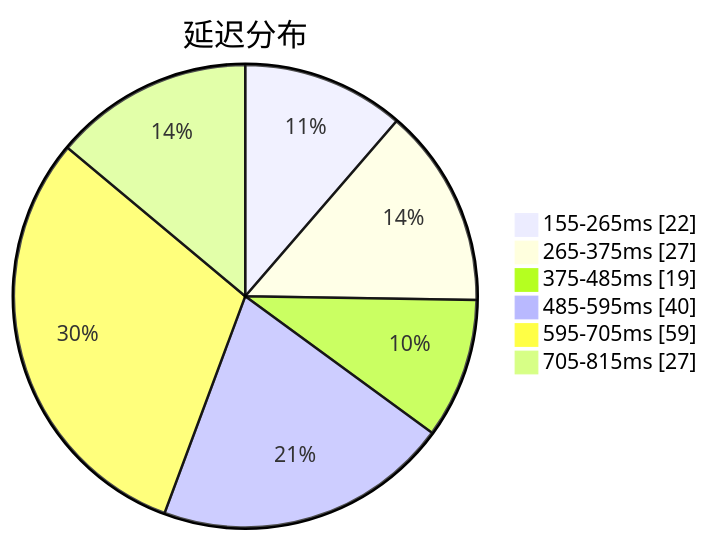
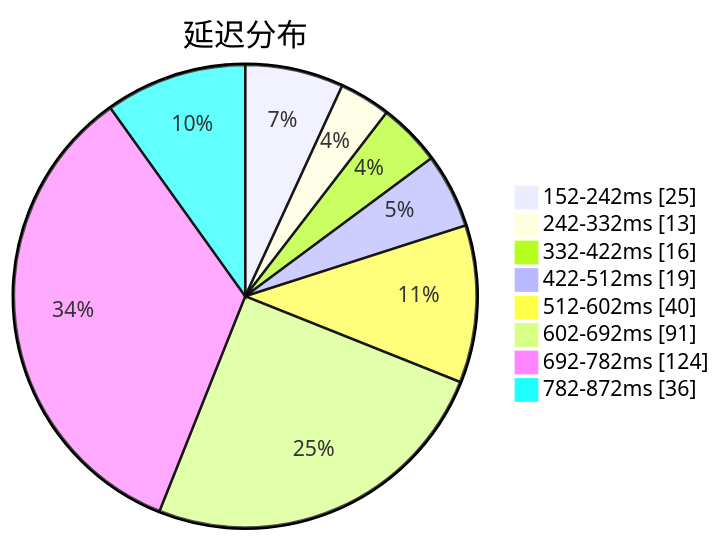
Before and after one commit to qjlxg/airport: the first of 3 diagrams in subs/statistics/tested_within.md, drawn with Mermaid. The commit also changed other lines of this file and 2 other files, not shown here.

Commit message:
Tested by metaST

````diff
--- a/subs/statistics/tested_within.md
+++ b/subs/statistics/tested_within.md
@@ -2,10 +2,12 @@
 ```mermaid
 pie showData
 title 延迟分布
-"155-265ms" : 22
-"265-375ms" : 27
-"375-485ms" : 19
-"485-595ms" : 40
-"595-705ms" : 59
-"705-815ms" : 27
+"152-242ms" : 25
+"242-332ms" : 13
+"332-422ms" : 16
+"422-512ms" : 19
+"512-602ms" : 40
+"602-692ms" : 91
+"692-782ms" : 124
+"782-872ms" : 36
 ```
````
